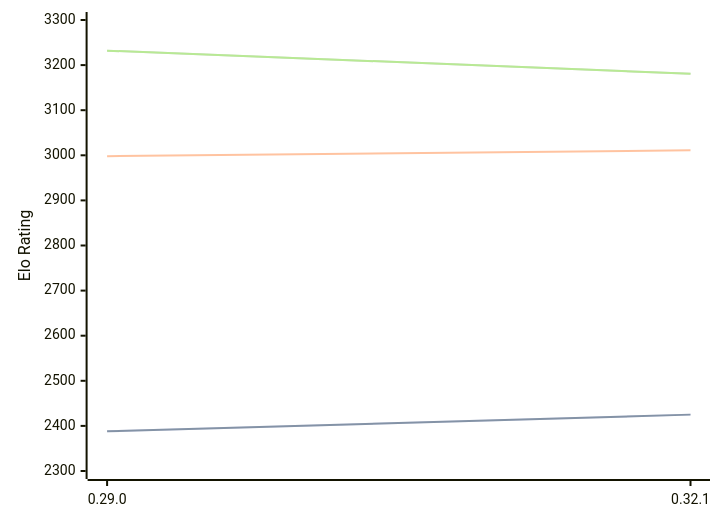
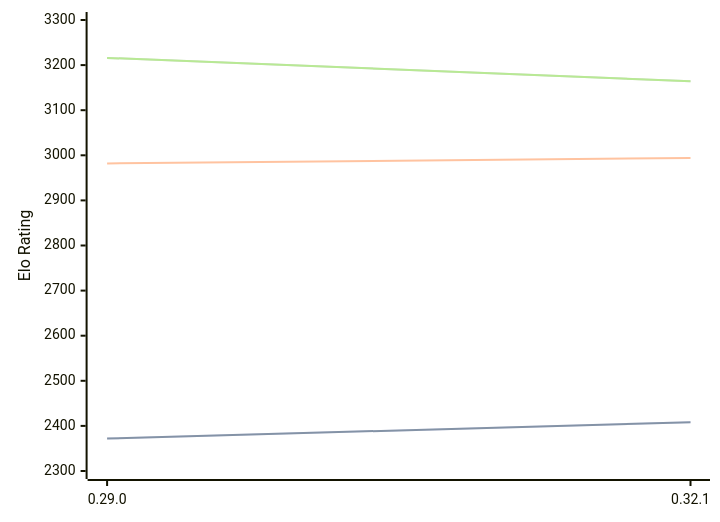
Before and after one commit to computer-chess-index/cci: the diagram in engines/Lc0.md, drawn with Mermaid. The commit also changed other lines of this file, not shown here.

Commit message:
Update CCI Ratings (ELO VLTC) - 2026-05-20

````diff
--- a/engines/Lc0.md
+++ b/engines/Lc0.md
@@ -68,11 +68,11 @@
 ```mermaid
 %%{init: {"theme":"base","themeVariables":{"seriesColors:['#a3a3a3','#222221','#faa371']}}}%%
 xychart-beta
   x-axis ["0.29.0", "0.32.1"]
   y-axis "Elo Rating" 2300 --> 3300
-  line "STC (8.0+0.08s)" [2388, 2425]
-  line "STC (8.0+0.08s)" [2388, 2425]
-  line "LTC (60.0+0.60s)" [2998, 3011]
-  line "VLTC (2m24s+1.12s)" [3232, 3181]
-  line "VLTC (2m24s+1.12s)" [3232, 3181]
+  line "STC (8.0+0.08s)" [2372, 2408]
+  line "STC (8.0+0.08s)" [2372, 2408]
+  line "LTC (60.0+0.60s)" [2982, 2994]
+  line "VLTC (2m24s+1.12s)" [3216, 3164]
+  line "VLTC (2m24s+1.12s)" [3216, 3164]
 ```
````
